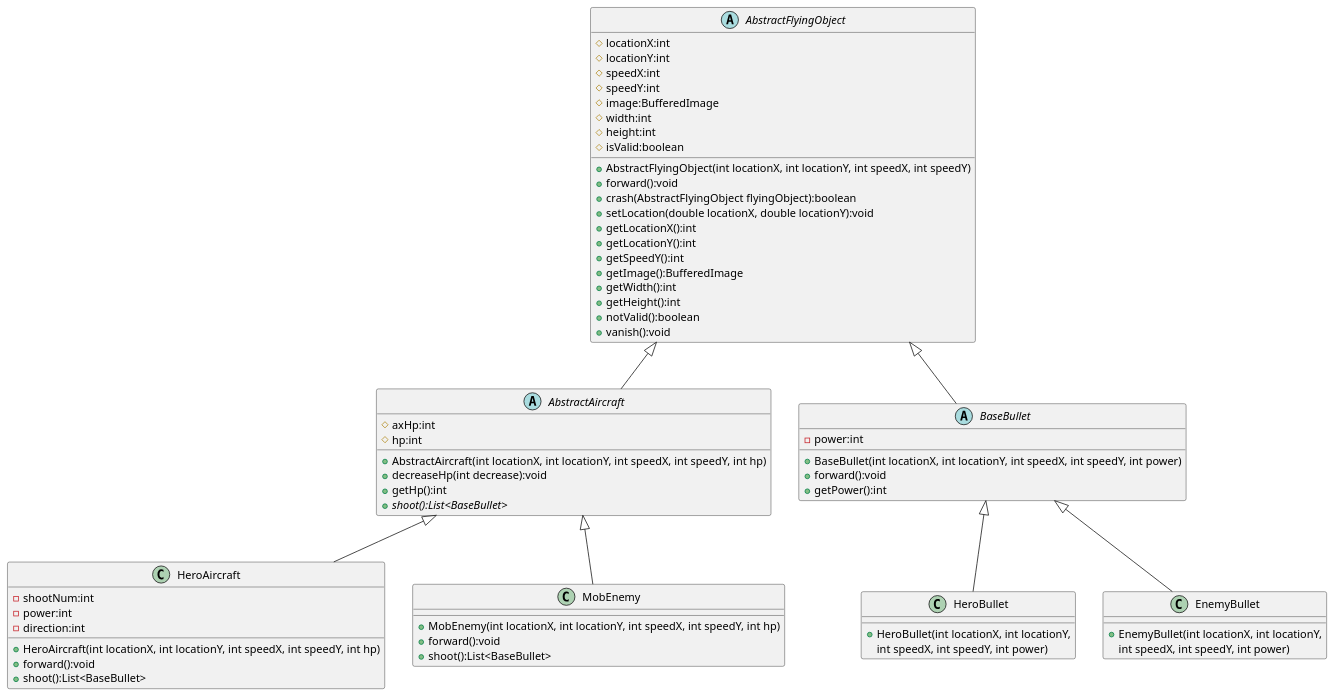
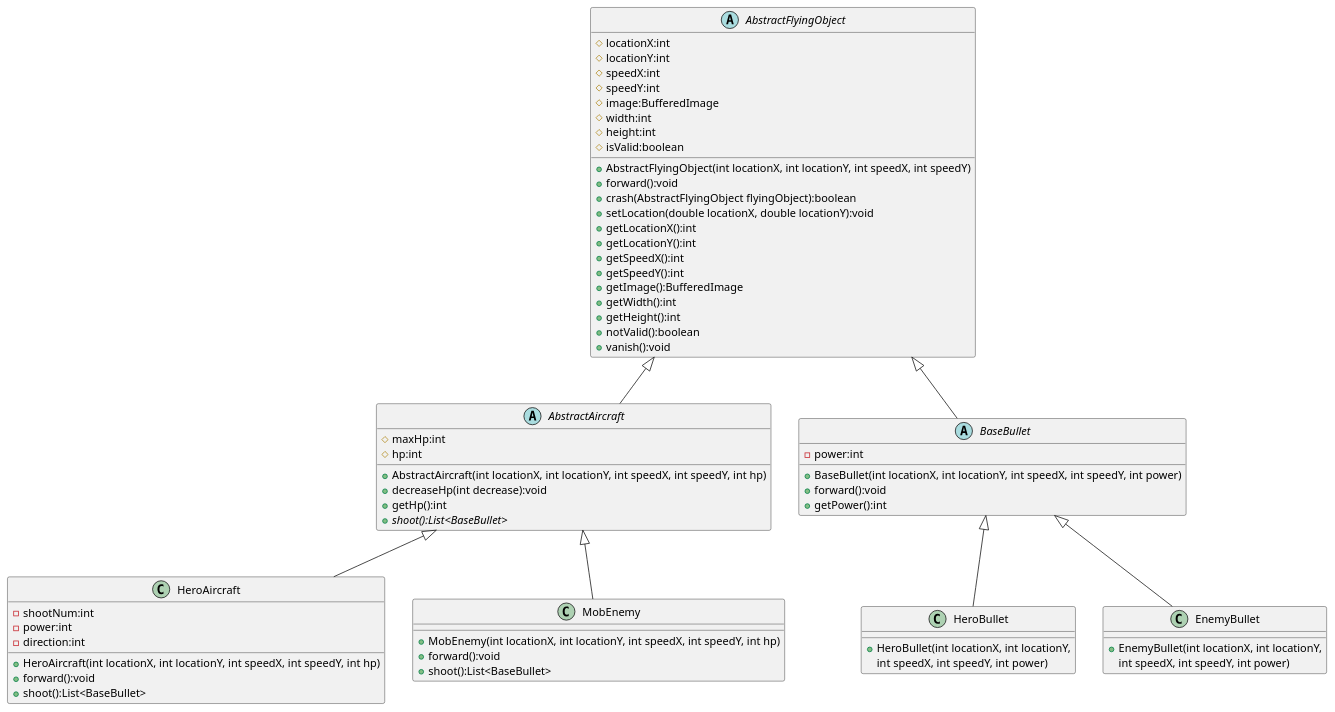
Before and after one commit to Pockern/AircraftWar: the diagram in uml/Inheritence _new.puml, drawn with PlantUML. The commit also changed 7 other files, not shown here.

```diff
--- a/uml/Inheritence _new.puml
+++ b/uml/Inheritence _new.puml
@@ -1,80 +1,81 @@
 @startuml
 'https://plantuml.com/class-diagram
 
 abstract class AbstractFlyingObject
 {
     # locationX:int
     # locationY:int
     # speedX:int
     # speedY:int
     # image:BufferedImage
     # width:int
     # height:int
     # isValid:boolean
 
     + AbstractFlyingObject(int locationX, int locationY, int speedX, int speedY)
     + forward():void
     + crash(AbstractFlyingObject flyingObject):boolean
     + setLocation(double locationX, double locationY):void
     + getLocationX():int
     + getLocationY():int
+    + getSpeedX():int
     + getSpeedY():int
     + getImage():BufferedImage
     + getWidth():int
     + getHeight():int
     + notValid():boolean
     + vanish():void
 }
 abstract class AbstractAircraft
 {
-	# axHp:int
+	# maxHp:int
     # hp:int
     + AbstractAircraft(int locationX, int locationY, int speedX, int speedY, int hp)
     + decreaseHp(int decrease):void
     + getHp():int
     + {abstract} shoot():List<BaseBullet>
  }
 
 abstract class BaseBullet
 {
     - power:int
     + BaseBullet(int locationX, int locationY, int speedX, int speedY, int power)
     + forward():void
 	+ getPower():int
 }
 
 AbstractFlyingObject <|-- AbstractAircraft
 AbstractFlyingObject <|-- BaseBullet
 
 AbstractAircraft <|-- HeroAircraft
 AbstractAircraft <|-- MobEnemy
 
 BaseBullet <|-- HeroBullet
 BaseBullet <|-- EnemyBullet
 
 class HeroAircraft {
     - shootNum:int
     - power:int
     - direction:int
     + HeroAircraft(int locationX, int locationY, int speedX, int speedY, int hp)
     + forward():void
     + shoot():List<BaseBullet>
 }
 
 class MobEnemy {
     + MobEnemy(int locationX, int locationY, int speedX, int speedY, int hp)
     + forward():void
     + shoot():List<BaseBullet>
 }
 
 class HeroBullet {
     + HeroBullet(int locationX, int locationY,
      int speedX, int speedY, int power)
 }
 
 class EnemyBullet {
     + EnemyBullet(int locationX, int locationY,
      int speedX, int speedY, int power)
 }
 
 @enduml
```
